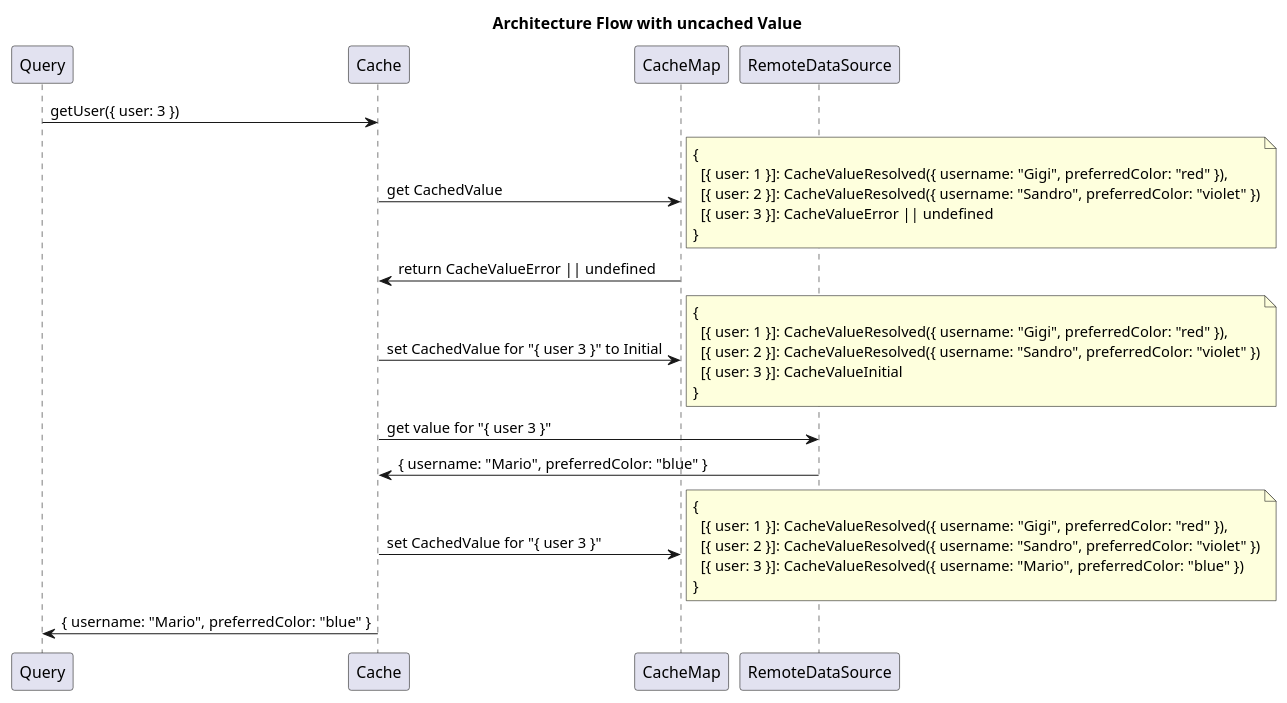
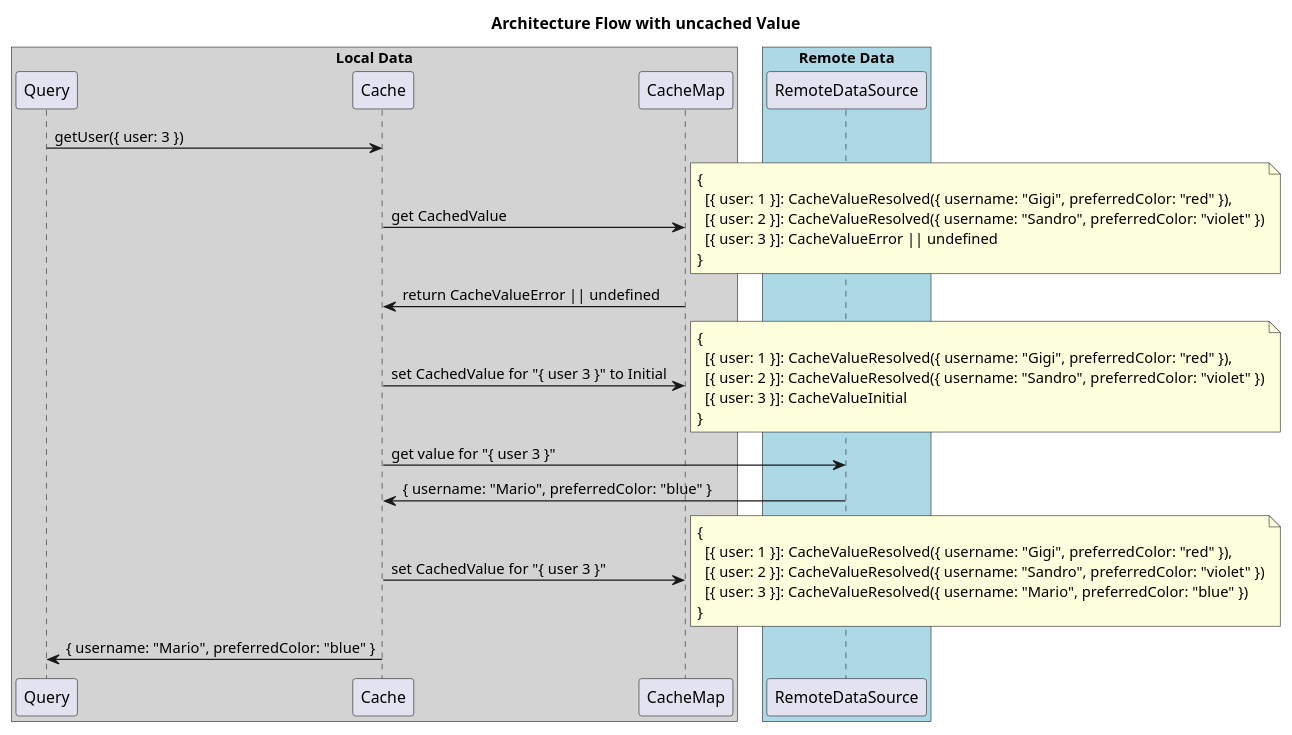
Before and after one commit to buildo/avenger: the diagram in docs/uncachedValueFlow.puml, drawn with PlantUML. The commit also changed 3 other files, not shown here.

```diff
--- a/docs/uncachedValueFlow.puml
+++ b/docs/uncachedValueFlow.puml
@@ -1,42 +1,49 @@
 @startuml "Uncached or Error Value"
+skinparam BoxPadding 10
 
 title
 Architecture Flow with uncached Value
 end title
+
+box "Local Data" #LightGray
 participant Query
 participant Cache
 participant CacheMap
+end box
+
+box "Remote Data" #LightBlue
 participant RemoteDataSource
+end box
 
 Query -> Cache : getUser({ user: 3 })
 Cache -> CacheMap : get CachedValue
 note right
 {
   [{ user: 1 }]: CacheValueResolved({ username: "Gigi", preferredColor: "red" }),
   [{ user: 2 }]: CacheValueResolved({ username: "Sandro", preferredColor: "violet" })
   [{ user: 3 }]: CacheValueError || undefined
 }
 end note
 CacheMap -> Cache : return CacheValueError || undefined
 Cache -> CacheMap : set CachedValue for "{ user 3 }" to Initial
 note right
 {
   [{ user: 1 }]: CacheValueResolved({ username: "Gigi", preferredColor: "red" }),
   [{ user: 2 }]: CacheValueResolved({ username: "Sandro", preferredColor: "violet" })
   [{ user: 3 }]: CacheValueInitial
 }
 end note
 Cache -> RemoteDataSource : get value for "{ user 3 }"
 RemoteDataSource -> Cache : { username: "Mario", preferredColor: "blue" }
 Cache -> CacheMap : set CachedValue for "{ user 3 }"
 note right
 {
   [{ user: 1 }]: CacheValueResolved({ username: "Gigi", preferredColor: "red" }),
   [{ user: 2 }]: CacheValueResolved({ username: "Sandro", preferredColor: "violet" })
   [{ user: 3 }]: CacheValueResolved({ username: "Mario", preferredColor: "blue" })
 }
 end note
 
 Cache -> Query : { username: "Mario", preferredColor: "blue" }
 
 @enduml
```
